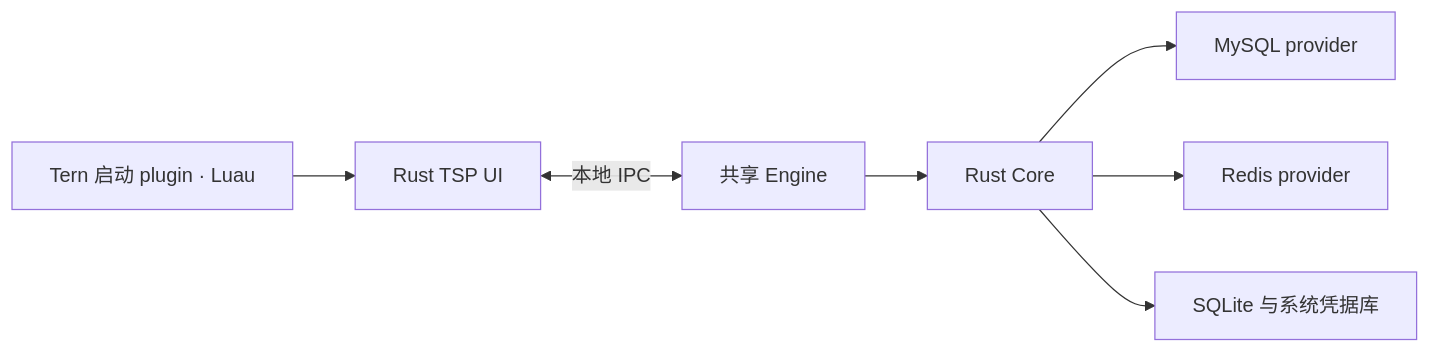
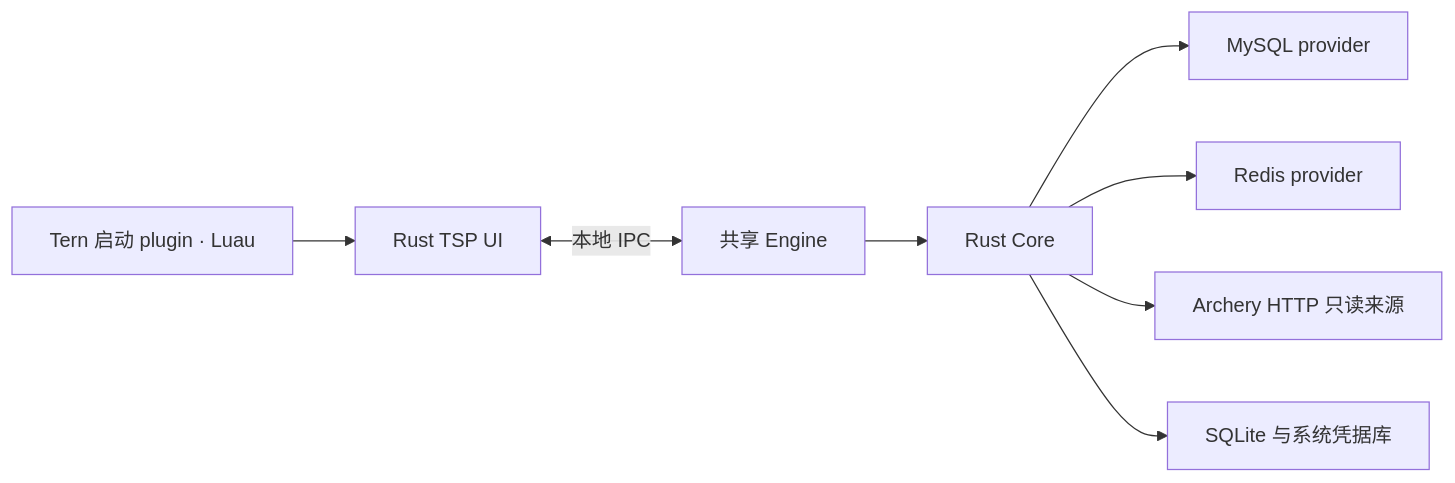
One commit to huspx/datapier changed the diagram in README.md. Above: the diagram before and after it, drawn with Mermaid. The commit also changed other lines of this file and 224 other files, not shown here.

````diff
--- a/README.md
+++ b/README.md
@@ -67,9 +75,10 @@
 ```mermaid
 flowchart LR
     P["Tern 启动 plugin · Luau"] --> U["Rust TSP UI"]
     U <-->|本地 IPC| E["共享 Engine"]
     E --> C["Rust Core"]
     C --> MY["MySQL provider"]
     C --> RE["Redis provider"]
+    C --> AR["Archery HTTP 只读来源"]
     C --> S["SQLite 与系统凭据库"]
 ```
````
